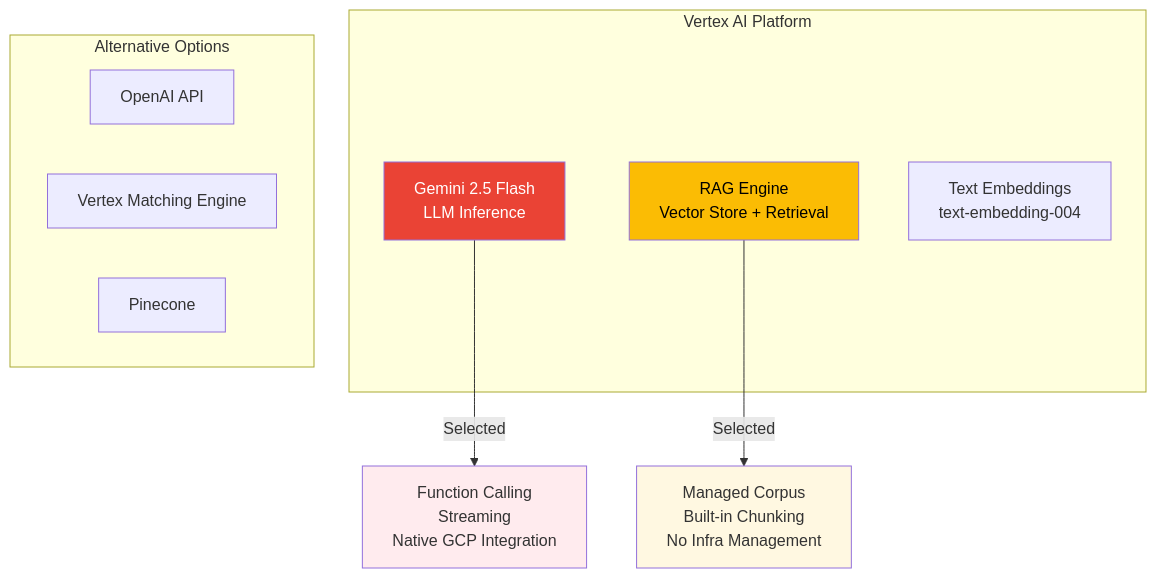
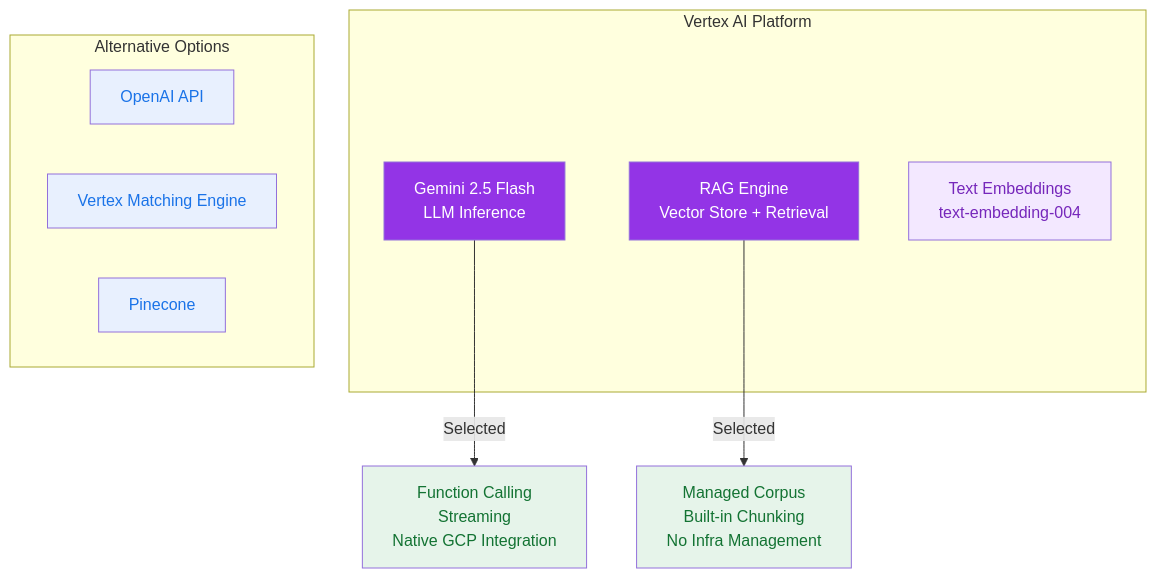
Before and after one commit to gadekar-pravin/InsightAgent: the third of 23 diagrams in ARCHITECTURE.md, drawn with Mermaid. The commit also changed other lines of this file, not shown here.

First line of the commit message:
Implement consistent color theme for all Mermaid diagrams

````diff
--- a/ARCHITECTURE.md
+++ b/ARCHITECTURE.md
@@ -121,22 +141,26 @@
 ```mermaid
 flowchart TB
     subgraph "Vertex AI Platform"
         GEMINI[Gemini 2.5 Flash<br/>LLM Inference]
         RAG_ENGINE[RAG Engine<br/>Vector Store + Retrieval]
         EMBED[Text Embeddings<br/>text-embedding-004]
     end
 
     subgraph "Alternative Options"
         OPENAI[OpenAI API]
         MATCHING[Vertex Matching Engine]
         PINECONE[Pinecone]
     end
 
     GEMINI -->|Selected| WHY_GEMINI[Function Calling<br/>Streaming<br/>Native GCP Integration]
     RAG_ENGINE -->|Selected| WHY_RAG[Managed Corpus<br/>Built-in Chunking<br/>No Infra Management]
 
-    style GEMINI fill:#EA4335,color:#fff
-    style RAG_ENGINE fill:#FBBC04,color:#000
-    style WHY_GEMINI fill:#FFEBEE
-    style WHY_RAG fill:#FFF8E1
+    style GEMINI fill:#9334E6,color:#fff
+    style RAG_ENGINE fill:#9334E6,color:#fff
+    style EMBED fill:#F3E8FF,color:#7627BB
+    style OPENAI fill:#E8F0FE,color:#1A73E8
+    style MATCHING fill:#E8F0FE,color:#1A73E8
+    style PINECONE fill:#E8F0FE,color:#1A73E8
+    style WHY_GEMINI fill:#E6F4EA,color:#137333
+    style WHY_RAG fill:#E6F4EA,color:#137333
 ```
````
